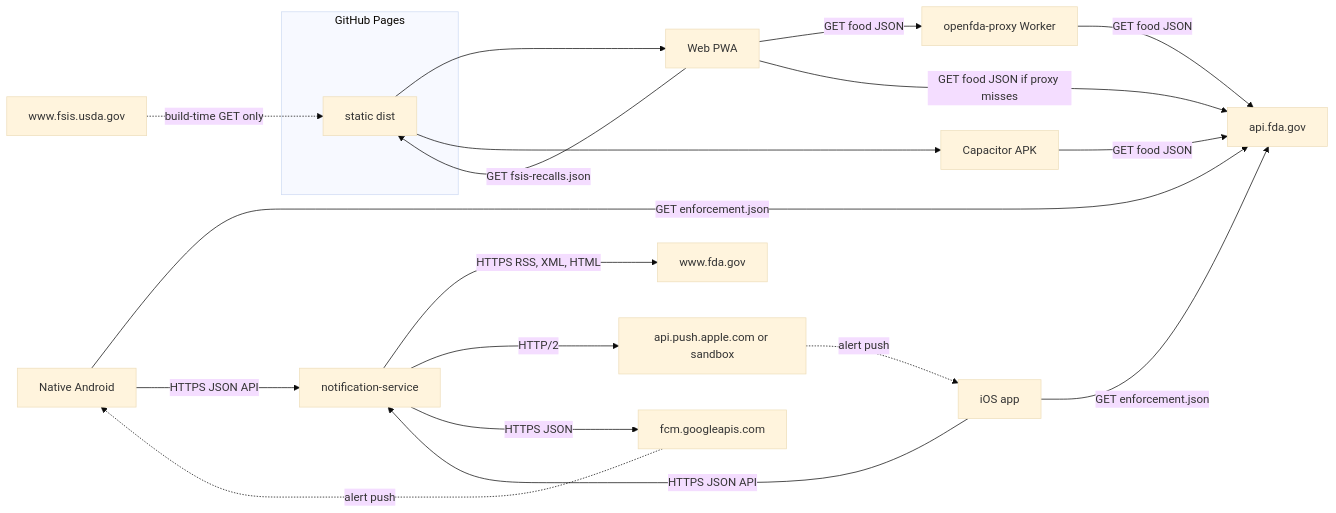
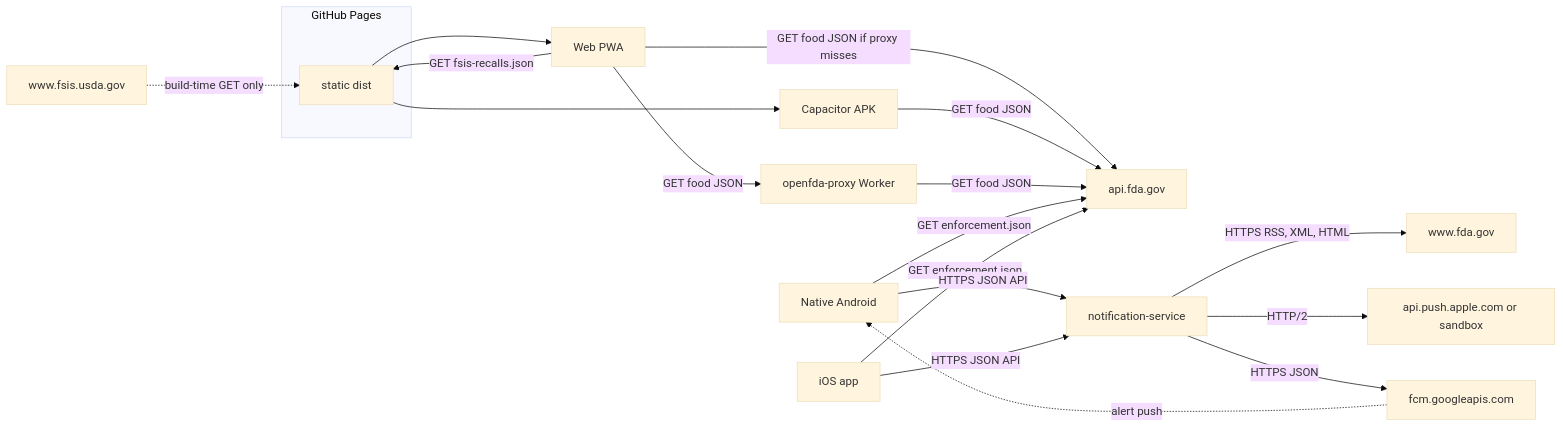
The first of 3 diagrams in docs/architecture.md (jacobrakaiFoundation/beanstalk), drawn with Mermaid (base theme) before and after one commit. The commit also changed other lines of this file and 9 other files, not shown here.

````diff
--- a/docs/architecture.md
+++ b/docs/architecture.md
@@ -19,35 +19,34 @@
 ```mermaid
 flowchart LR
   subgraph pagesHost [GitHub Pages]
     Pages["static dist"]
   end
   Web["Web PWA"]
   Apk["Capacitor APK"]
   Android["Native Android"]
   iOS["iOS app"]
   Proxy["openfda-proxy Worker"]
   OpenFDA["api.fda.gov"]
   FsisApi["www.fsis.usda.gov"]
   Notify["notification-service"]
   FdaSite["www.fda.gov"]
   Apns["api.push.apple.com or sandbox"]
   Fcm["fcm.googleapis.com"]
 
   Pages --> Web
   Pages --> Apk
   Web -->|"GET food JSON"| Proxy
   Web -->|"GET food JSON if proxy misses"| OpenFDA
   Apk -->|"GET food JSON"| OpenFDA
   Proxy -->|"GET food JSON"| OpenFDA
   Web -->|"GET fsis-recalls.json"| Pages
   Android -->|"GET enforcement.json"| OpenFDA
   iOS -->|"GET enforcement.json"| OpenFDA
   Android -->|"HTTPS JSON API"| Notify
   iOS -->|"HTTPS JSON API"| Notify
   Notify -->|"HTTPS RSS, XML, HTML"| FdaSite
   Notify -->|"HTTP/2"| Apns
   Notify -->|"HTTPS JSON"| Fcm
-  Apns -.->|"alert push"| iOS
   Fcm -.->|"alert push"| Android
   FsisApi -.->|"build-time GET only"| Pages
 ```
````
